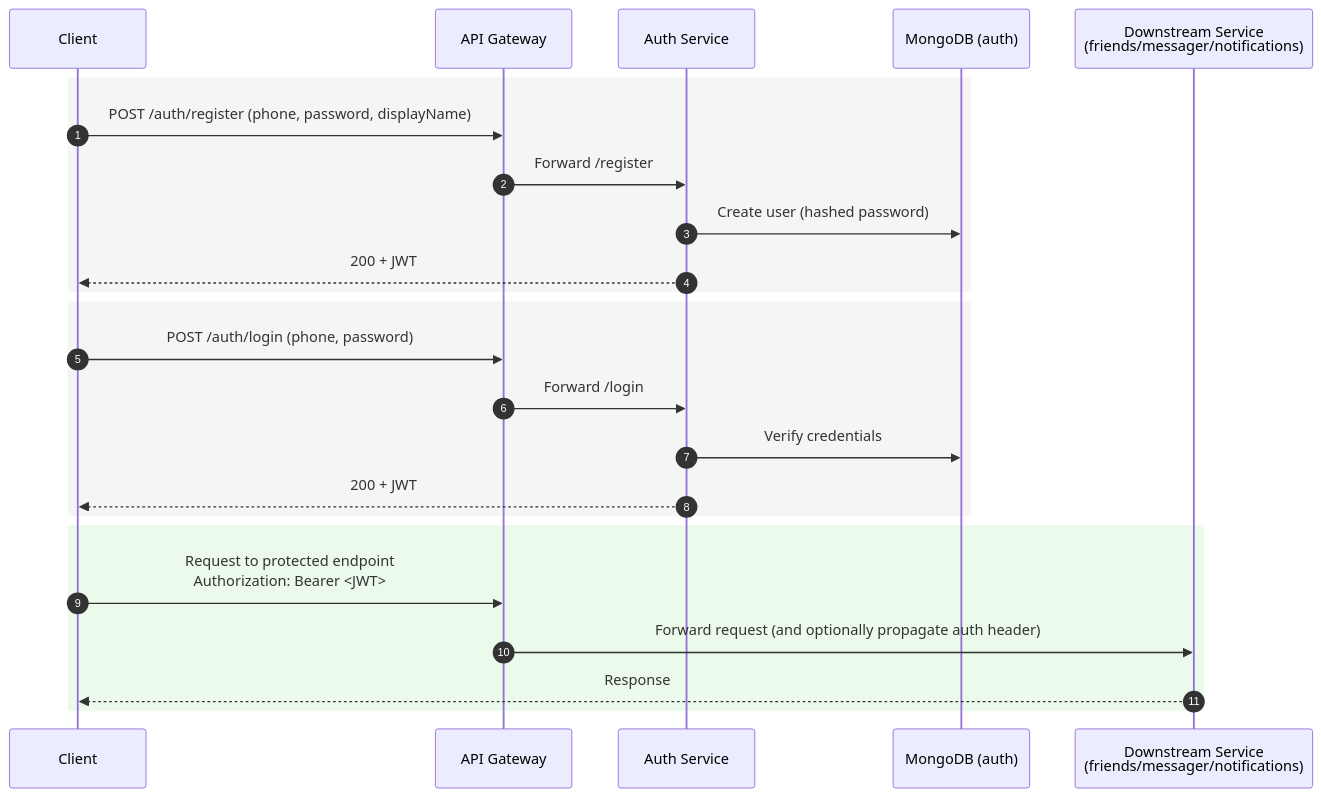
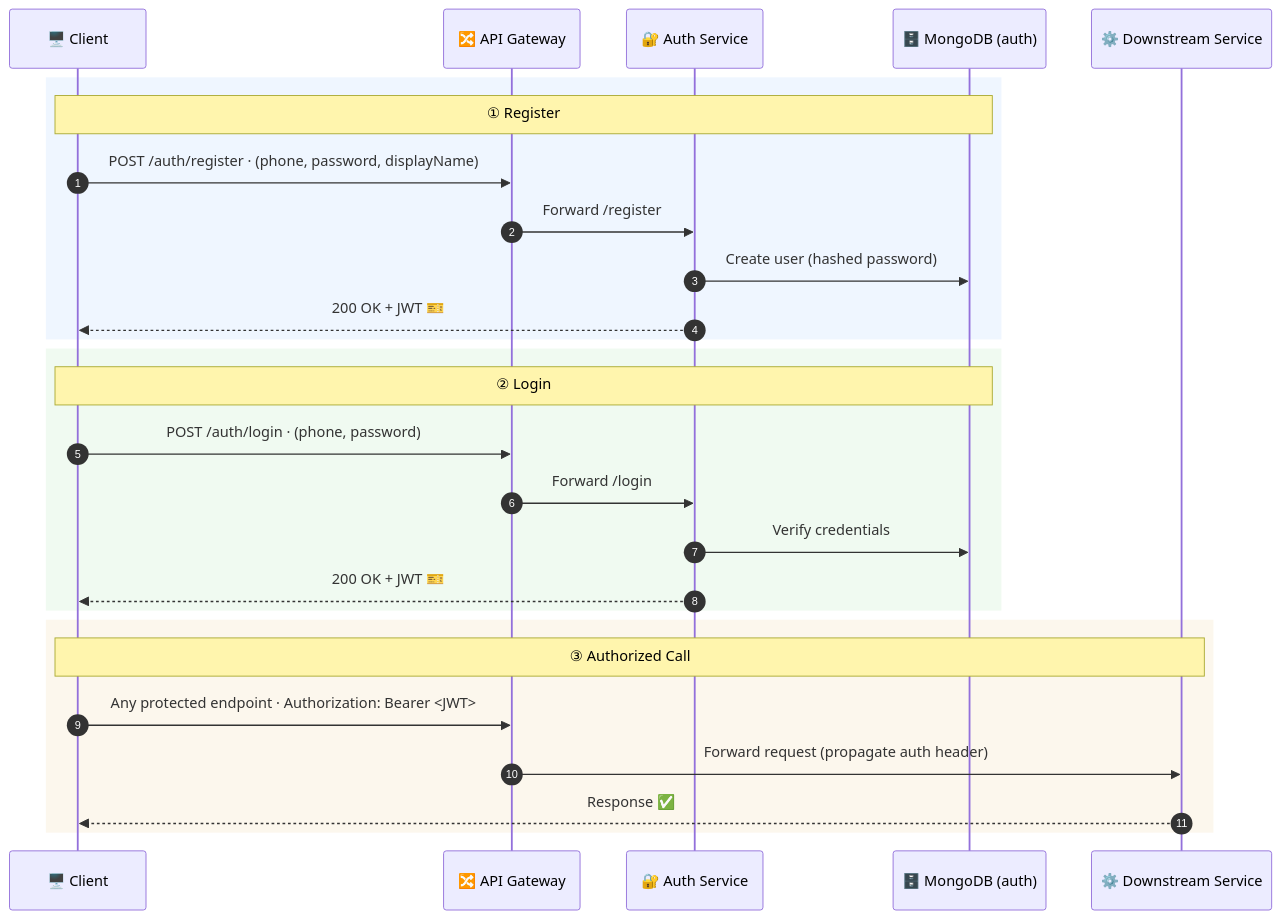
The second of 2 diagrams in README.md (vanloc19/backend-chat-app), drawn with Mermaid before and after one commit. The commit also changed other lines of this file, not shown here.

Commit message:
docs(backend): add architecture and auth diagrams

````diff
--- a/README.md
+++ b/README.md
@@ -41,29 +58,33 @@
 ```mermaid
 sequenceDiagram
-  autonumber
-  participant C as Client
-  participant GW as API Gateway
-  participant A as Auth Service
-  participant M as MongoDB (auth)
-  participant S as Downstream Service<br/>(friends/messager/notifications)
+    autonumber
 
-  rect rgb(245,245,245)
-    C->>GW: POST /auth/register (phone, password, displayName)
-    GW->>A: Forward /register
-    A->>M: Create user (hashed password)
-    A-->>C: 200 + JWT
-  end
+    participant C  as 🖥️ Client
+    participant GW as 🔀 API Gateway
+    participant A  as 🔐 Auth Service
+    participant M  as 🗄️ MongoDB (auth)
+    participant S  as ⚙️ Downstream Service
 
-  rect rgb(245,245,245)
-    C->>GW: POST /auth/login (phone, password)
-    GW->>A: Forward /login
-    A->>M: Verify credentials
-    A-->>C: 200 + JWT
-  end
+    rect rgba(56, 139, 253, 0.08)
+        note over C,M: ① Register
+        C  ->> GW : POST /auth/register · (phone, password, displayName)
+        GW ->> A  : Forward /register
+        A  ->> M  : Create user (hashed password)
+        A  -->> C : 200 OK + JWT 🎫
+    end
 
-  rect rgb(235,250,235)
-    C->>GW: Request to protected endpoint<br/>Authorization: Bearer <JWT>
-    GW->>S: Forward request (and optionally propagate auth header)
-    S-->>C: Response
-  end
+    rect rgba(63, 185, 80, 0.08)
+        note over C,M: ② Login
+        C  ->> GW : POST /auth/login · (phone, password)
+        GW ->> A  : Forward /login
+        A  ->> M  : Verify credentials
+        A  -->> C : 200 OK + JWT 🎫
+    end
+
+    rect rgba(210, 153, 34, 0.08)
+        note over C,S: ③ Authorized Call
+        C  ->> GW : Any protected endpoint · Authorization: Bearer <JWT>
+        GW ->> S  : Forward request (propagate auth header)
+        S  -->> C : Response ✅
+    end
 ```
````
